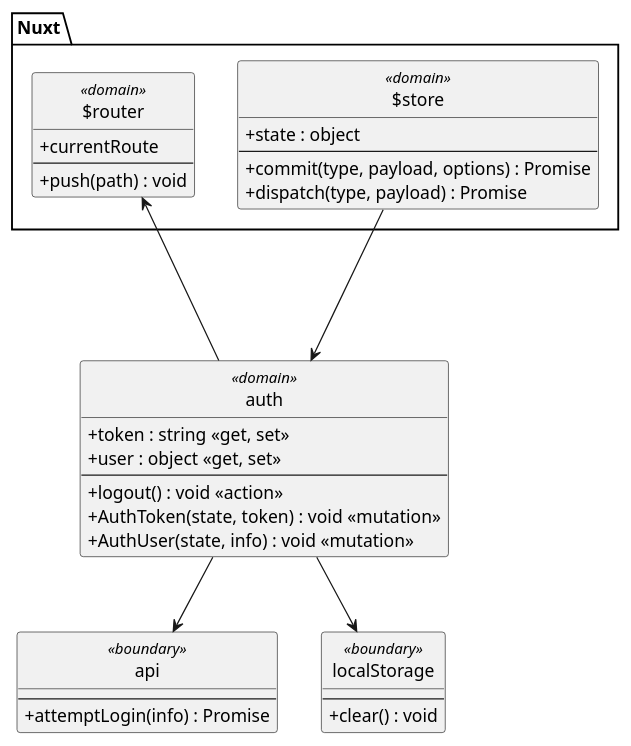
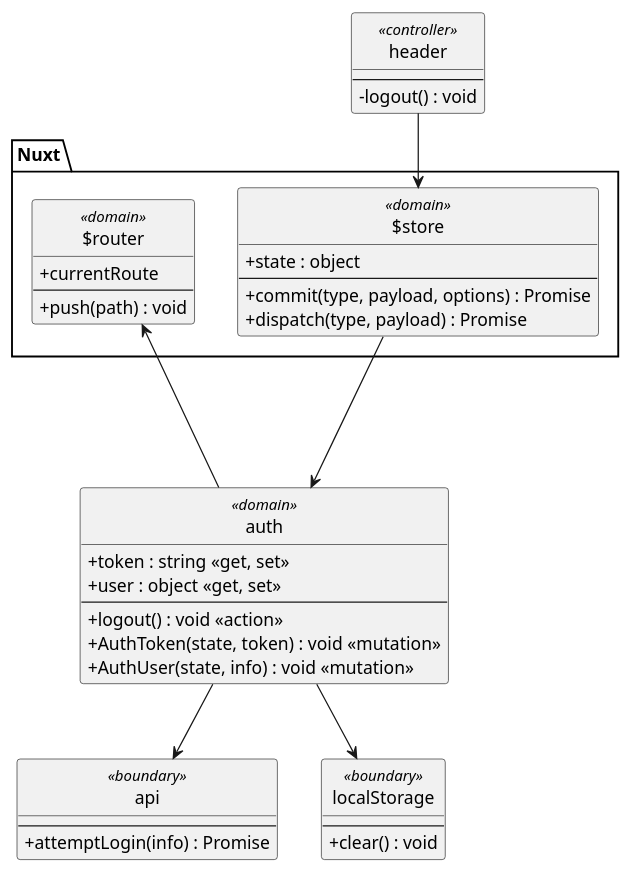
The diagram in docs/class-diagram-uc8.plantuml (Phoenix1355/I4PRJ4-Web), drawn with PlantUML before and after one commit. The commit also changed 3 other files, not shown here.

Commit message:
Small changes to class diagrams

```diff
--- a/docs/class-diagram-uc8.plantuml
+++ b/docs/class-diagram-uc8.plantuml
@@ -1,47 +1,55 @@
 @startuml UC8-Logout
 
 skinparam shadowing false
 skinparam classAttributeIconSize 0
 skinparam monochrome true
 skinparam backgroundColor transparent
 skinparam style strictuml
+
+
 
 package Nuxt {
     class $router <<domain>> {
         + currentRoute
         --
         + push(path) : void
     }
 
     class $store <<domain>> {
         + state : object
         --
         + commit(type, payload, options) : Promise
         + dispatch(type, payload) : Promise
     }
 }
+
+class header <<controller>> {
+    --
+    - logout() : void
+}
+header-->$store
 
 class auth <<domain>> {
     + token : string <<get, set>>
     + user : object <<get, set>>
     --
     + logout() : void <<action>>
     + AuthToken(state, token) : void <<mutation>>
     + AuthUser(state, info) : void <<mutation>>
 }
 $store ---> auth
 auth --> $router
 
 class api <<boundary>> {
     --
     + attemptLogin(info) : Promise
 }
 auth --> api
 
 class localStorage <<boundary>> {
     --
     + clear() : void
 }
 auth --> localStorage
 
 @enduml
```
